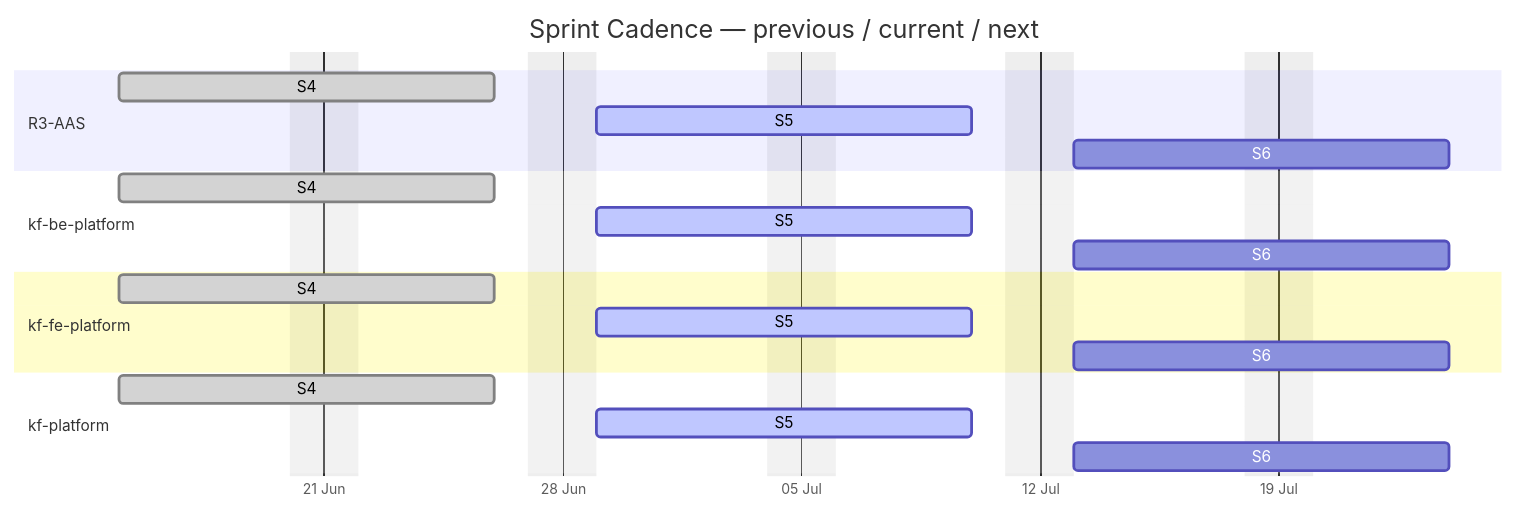
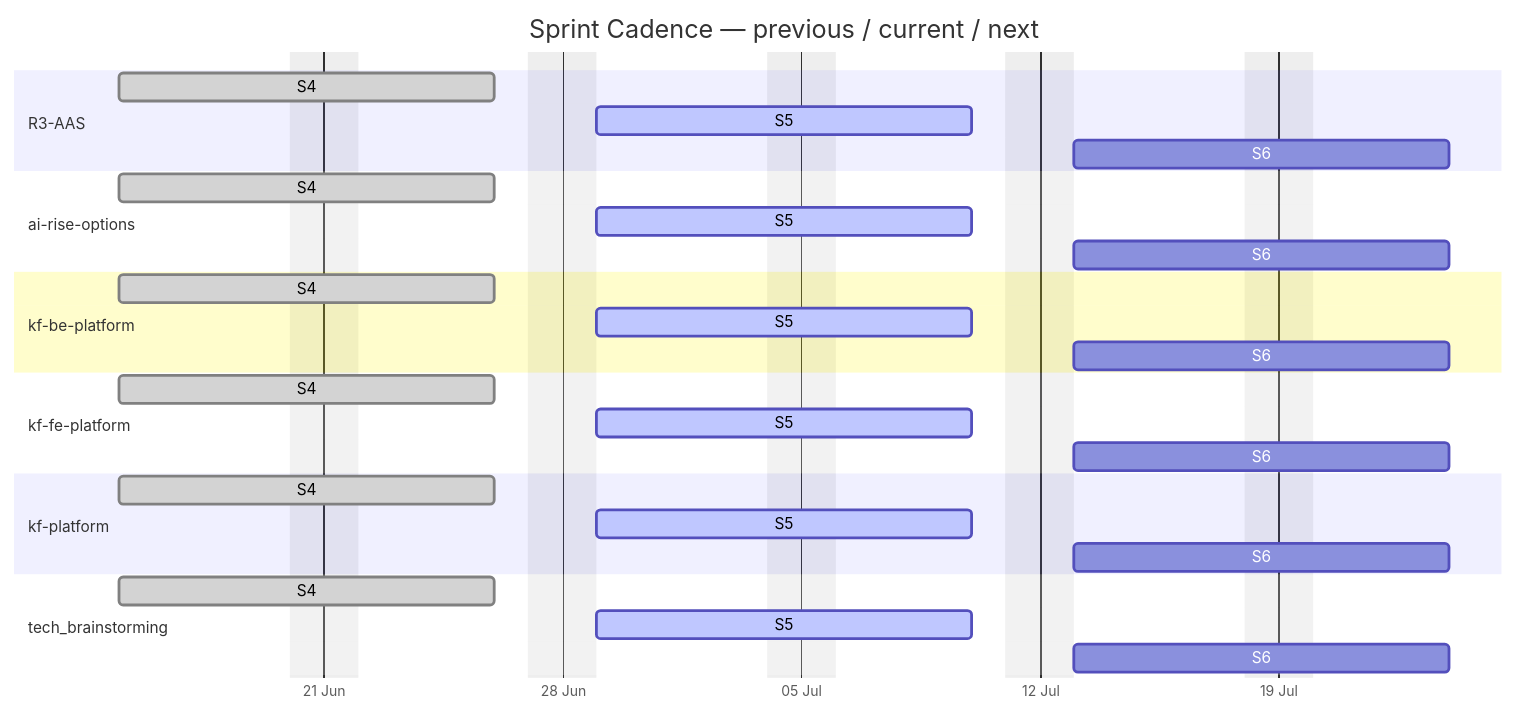
One commit to Katty-Fashion/kf-cpto changed the first of 4 diagrams in docs/agile-sprints.md. Above: the diagram before and after it, drawn with Mermaid. The commit also changed other lines of this file and 14 other files, not shown here.

````diff
--- a/docs/agile-sprints.md
+++ b/docs/agile-sprints.md
@@ -12,24 +12,32 @@
 ```mermaid
 gantt
     title Sprint Cadence — previous / current / next
     dateFormat YYYY-MM-DD
     axisFormat %d %b
     excludes weekends
 
     section R3-AAS
+    S4 :done, 2026-06-15, 2026-06-26
+    S5 :active, 2026-06-29, 2026-07-10
+    S6 :2026-07-13, 2026-07-24
+    section ai-rise-options
     S4 :done, 2026-06-15, 2026-06-26
     S5 :active, 2026-06-29, 2026-07-10
     S6 :2026-07-13, 2026-07-24
     section kf-be-platform
     S4 :done, 2026-06-15, 2026-06-26
     S5 :active, 2026-06-29, 2026-07-10
     S6 :2026-07-13, 2026-07-24
     section kf-fe-platform
     S4 :done, 2026-06-15, 2026-06-26
     S5 :active, 2026-06-29, 2026-07-10
     S6 :2026-07-13, 2026-07-24
     section kf-platform
     S4 :done, 2026-06-15, 2026-06-26
     S5 :active, 2026-06-29, 2026-07-10
     S6 :2026-07-13, 2026-07-24
+    section tech_brainstorming
+    S4 :done, 2026-06-15, 2026-06-26
+    S5 :active, 2026-06-29, 2026-07-10
+    S6 :2026-07-13, 2026-07-24
 ```
````
